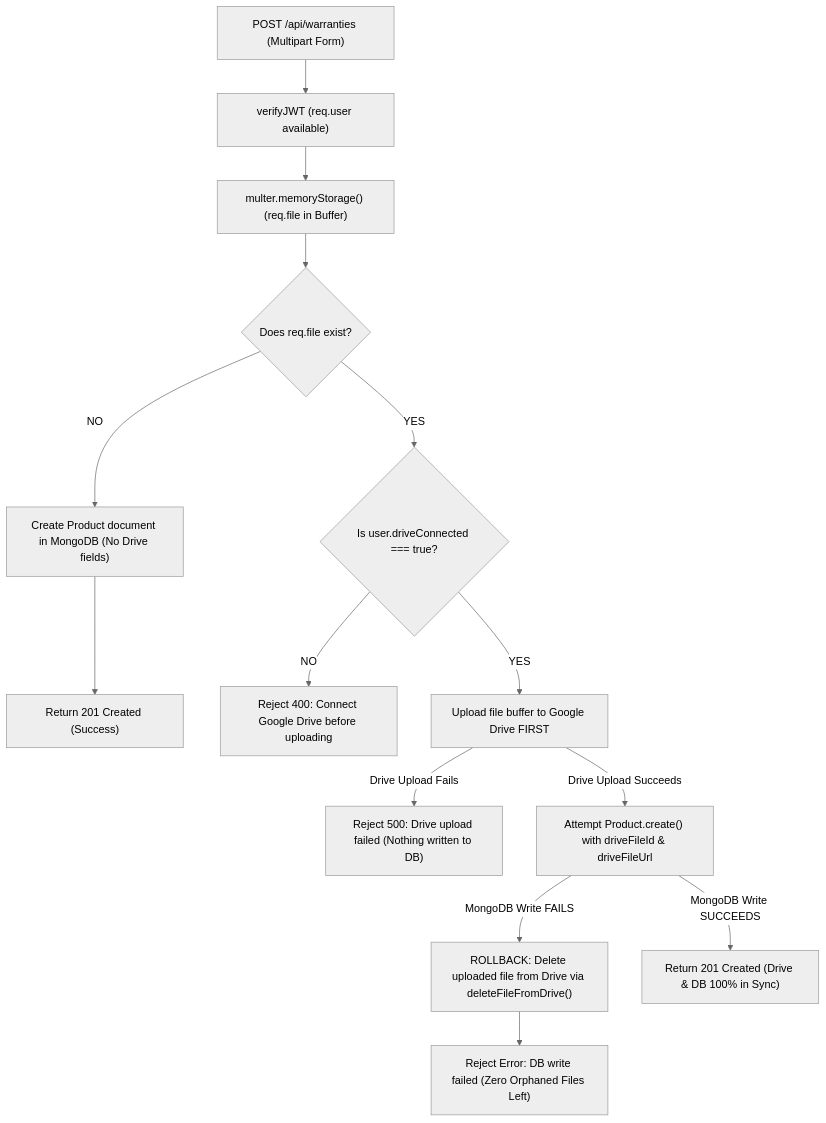
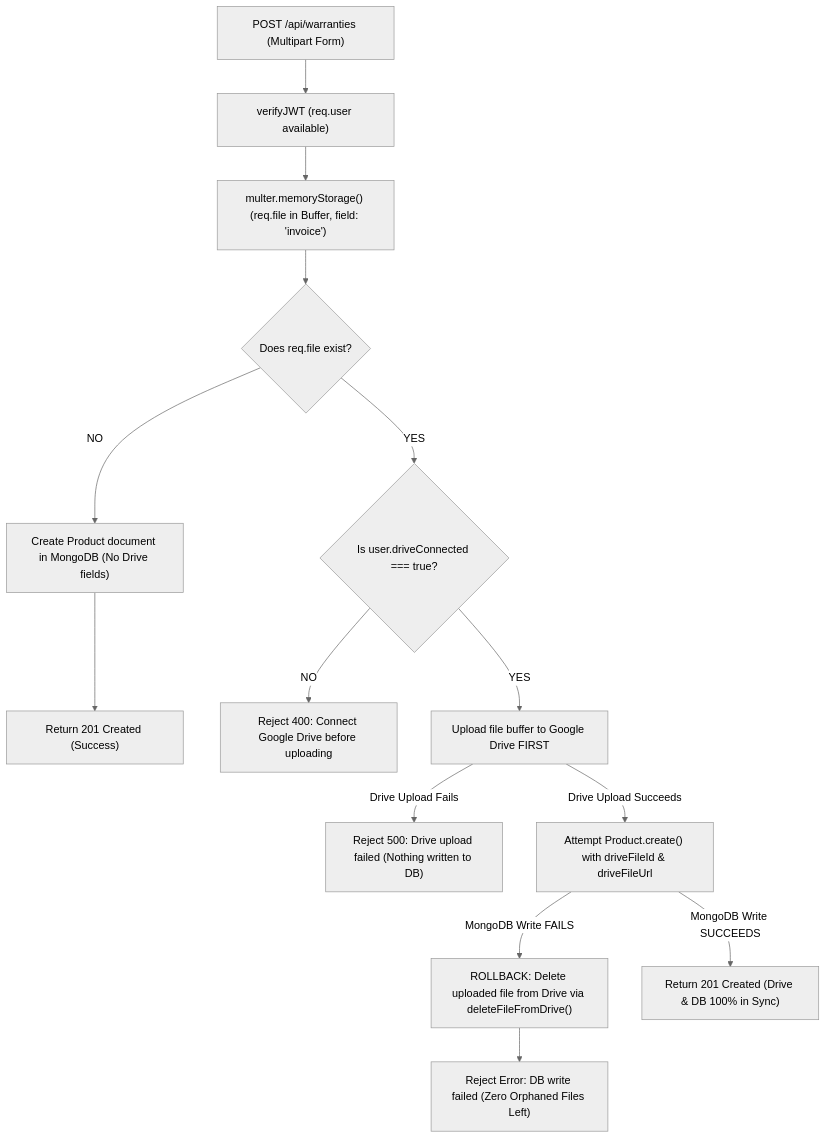
Before and after one commit to SouravPaul2002/receipt-collector-app: the diagram in documentation/2_tech_stack.md, drawn with Mermaid (neutral theme). The commit also changed other lines of this file and 2 other files, not shown here.

````diff
--- a/documentation/2_tech_stack.md
+++ b/documentation/2_tech_stack.md
@@ -107,21 +113,21 @@
 ```mermaid
 flowchart TD
     A["POST /api/warranties (Multipart Form)"] --> B["verifyJWT (req.user available)"]
-    B --> C["multer.memoryStorage() (req.file in Buffer)"]
+    B --> C["multer.memoryStorage() (req.file in Buffer, field: 'invoice')"]
     C --> D{"Does req.file exist?"}
 
     D -- "NO" --> E["Create Product document in MongoDB (No Drive fields)"]
     E --> F["Return 201 Created (Success)"]
 
     D -- "YES" --> G{"Is user.driveConnected === true?"}
     G -- "NO" --> H["Reject 400: Connect Google Drive before uploading"]
 
     G -- "YES" --> I["Upload file buffer to Google Drive FIRST"]
     I -- "Drive Upload Fails" --> J["Reject 500: Drive upload failed (Nothing written to DB)"]
 
     I -- "Drive Upload Succeeds" --> K["Attempt Product.create() with driveFileId & driveFileUrl"]
     K -- "MongoDB Write FAILS" --> L["ROLLBACK: Delete uploaded file from Drive via deleteFileFromDrive()"]
     L --> M["Reject Error: DB write failed (Zero Orphaned Files Left)"]
 
     K -- "MongoDB Write SUCCEEDS" --> N["Return 201 Created (Drive & DB 100% in Sync)"]
 ```
````
